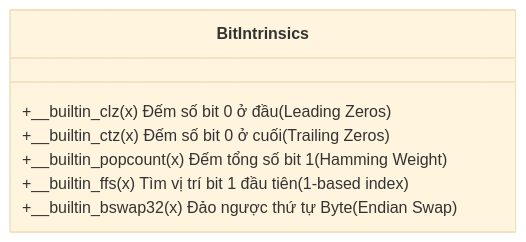
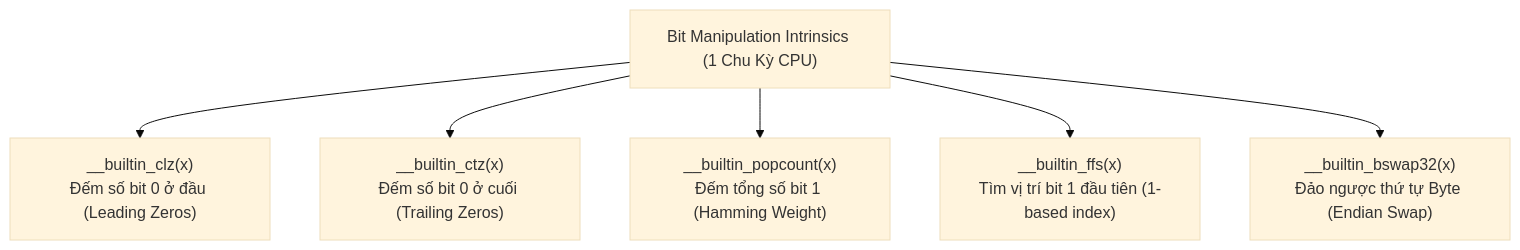
One commit to thinh1210/Obsidian changed the diagram in C_Cpp_Mastery_Handbook/04_Compiler_Builtins_and_Intrinsics.md. Above: the diagram before and after it, drawn with Mermaid (base theme). The commit also changed 45 other files, not shown here.

````diff
--- a/C_Cpp_Mastery_Handbook/04_Compiler_Builtins_and_Intrinsics.md
+++ b/C_Cpp_Mastery_Handbook/04_Compiler_Builtins_and_Intrinsics.md
@@ -60,10 +60,9 @@
 ```mermaid
-classDiagram
-    class BitIntrinsics {
-        +__builtin_clz(x) Đếm số bit 0 ở đầu (Leading Zeros)
-        +__builtin_ctz(x) Đếm số bit 0 ở cuối (Trailing Zeros)
-        +__builtin_popcount(x) Đếm tổng số bit 1 (Hamming Weight)
-        +__builtin_ffs(x) Tìm vị trí bit 1 đầu tiên (1-based index)
-        +__builtin_bswap32(x) Đảo ngược thứ tự Byte (Endian Swap)
-    }
+graph TD
+    Root["Bit Manipulation Intrinsics (1 Chu Kỳ CPU)"]
+    Root --> CLZ["__builtin_clz(x)<br/>Đếm số bit 0 ở đầu (Leading Zeros)"]
+    Root --> CTZ["__builtin_ctz(x)<br/>Đếm số bit 0 ở cuối (Trailing Zeros)"]
+    Root --> POP["__builtin_popcount(x)<br/>Đếm tổng số bit 1 (Hamming Weight)"]
+    Root --> FFS["__builtin_ffs(x)<br/>Tìm vị trí bit 1 đầu tiên (1-based index)"]
+    Root --> BSW["__builtin_bswap32(x)<br/>Đảo ngược thứ tự Byte (Endian Swap)"]
 ```
````
